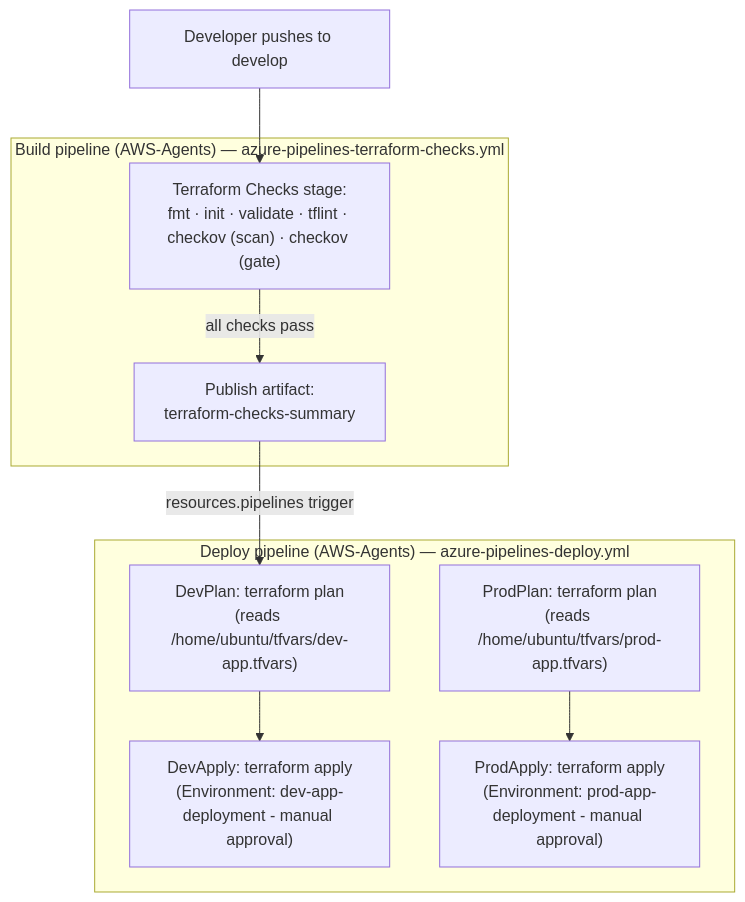
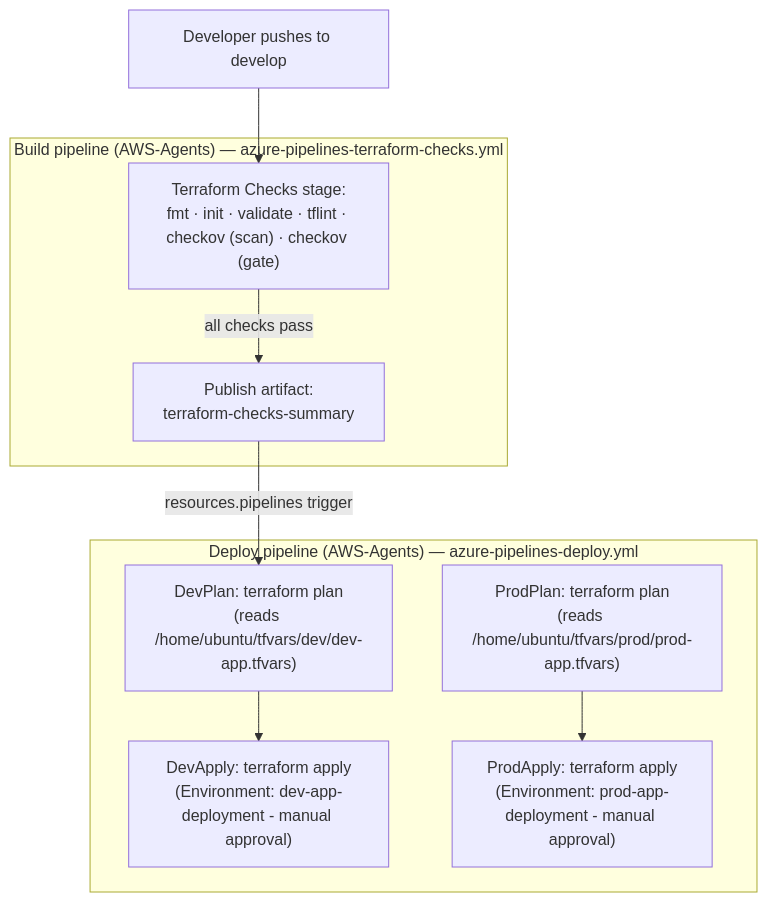
Before and after one commit to darylfragata/homelab-application: the diagram in docs/terraform-checks.md, drawn with Mermaid. The commit also changed other lines of this file and 2 other files, not shown here.

First line of the commit message:
Fix var-file path to match actual agent tfvars layout

````diff
--- a/docs/terraform-checks.md
+++ b/docs/terraform-checks.md
@@ -185,21 +187,21 @@
 ```mermaid
 flowchart TD
     A["Developer pushes to develop"] --> B
 
     subgraph BUILD["Build pipeline (AWS-Agents) — azure-pipelines-terraform-checks.yml"]
         B["Terraform Checks stage:<br/>fmt · init · validate · tflint · checkov (scan) · checkov (gate)"]
         C["Publish artifact:<br/>terraform-checks-summary"]
         B -->|all checks pass| C
     end
 
     C -->|resources.pipelines trigger| D
 
     subgraph DEPLOY["Deploy pipeline (AWS-Agents) — azure-pipelines-deploy.yml"]
-        D["DevPlan: terraform plan<br/>(reads /home/ubuntu/tfvars/dev-app.tfvars)"]
+        D["DevPlan: terraform plan<br/>(reads /home/ubuntu/tfvars/dev/dev-app.tfvars)"]
         E["DevApply: terraform apply<br/>(Environment: dev-app-deployment - manual approval)"]
-        F["ProdPlan: terraform plan<br/>(reads /home/ubuntu/tfvars/prod-app.tfvars)"]
+        F["ProdPlan: terraform plan<br/>(reads /home/ubuntu/tfvars/prod/prod-app.tfvars)"]
         G["ProdApply: terraform apply<br/>(Environment: prod-app-deployment - manual approval)"]
         D --> E
         F --> G
     end
 ```
````
